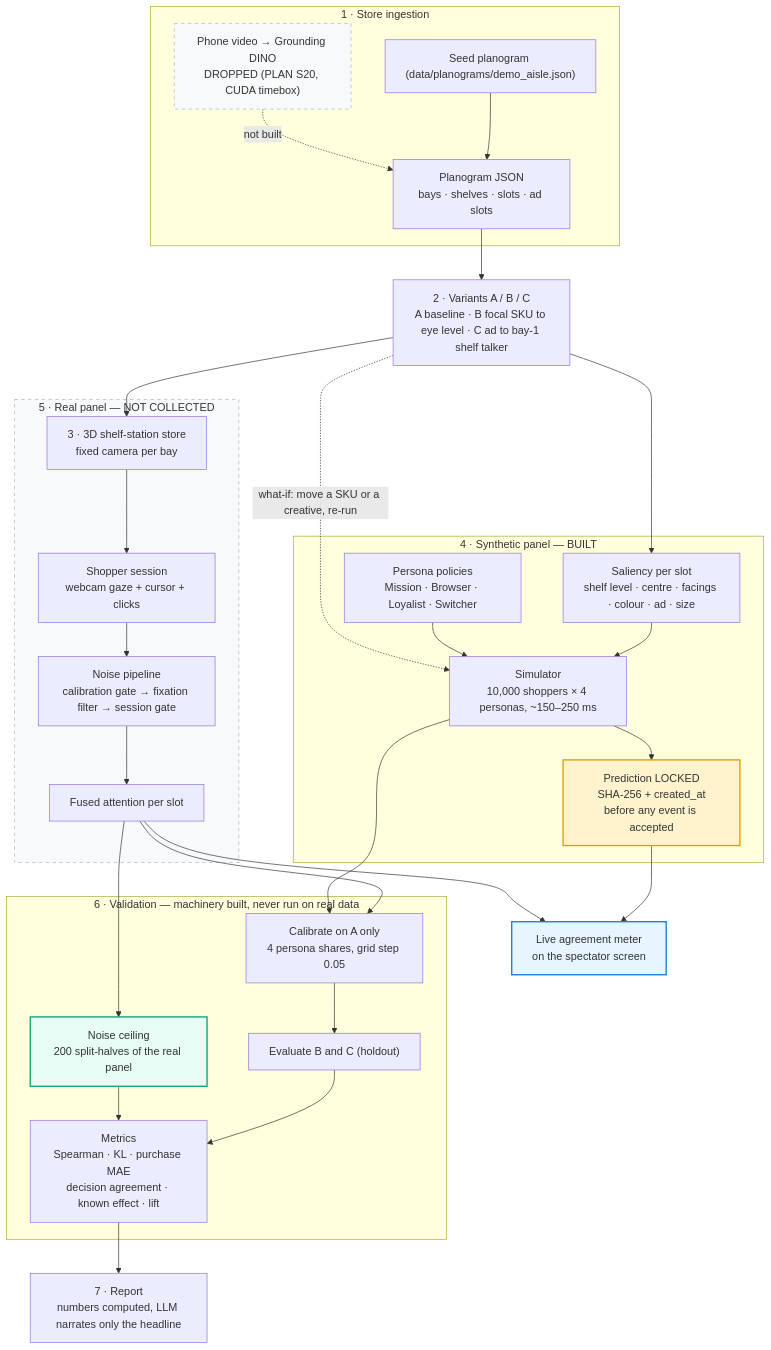
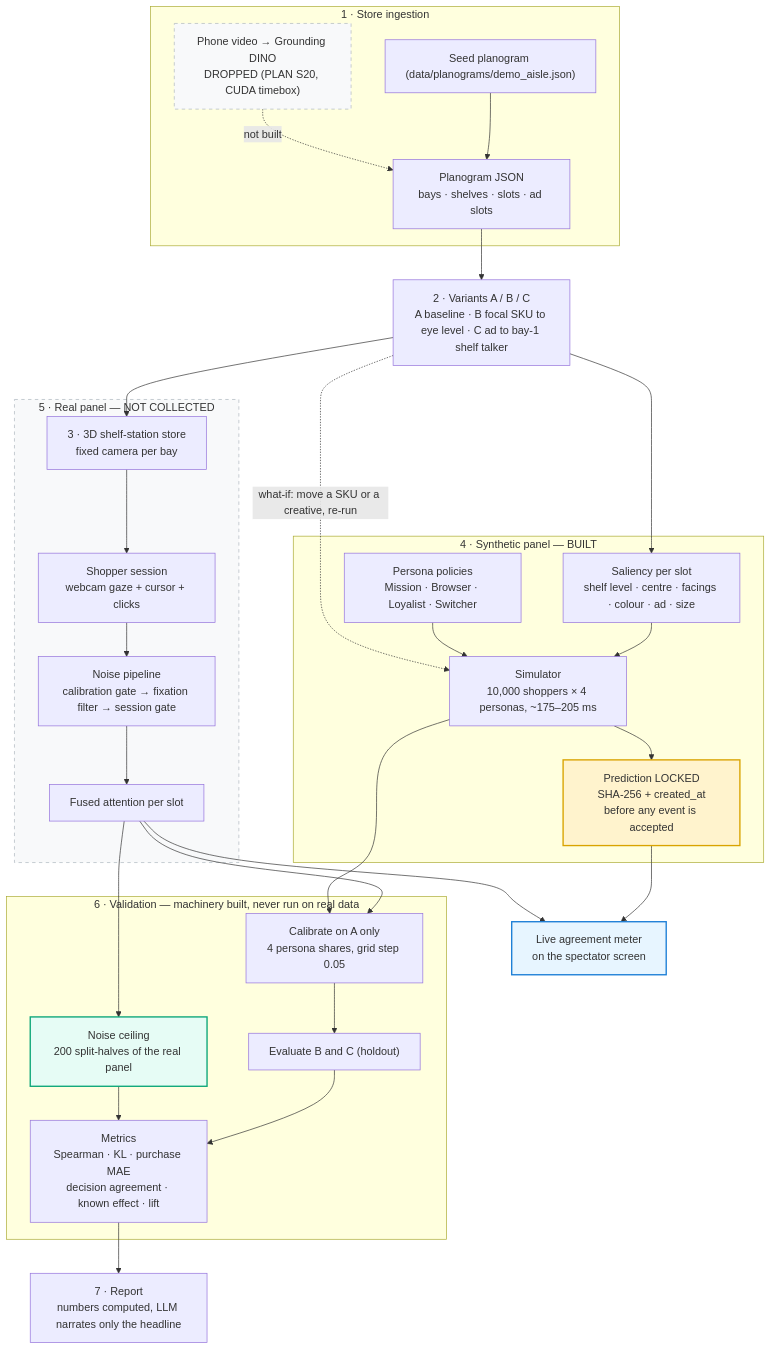
The diagram in README.md (vinothcoderofficial-ai/ai-persona-panel), drawn with Mermaid before and after one commit. The commit also changed other lines of this file and 4 other files, not shown here.

````diff
--- a/README.md
+++ b/README.md
@@ -49,48 +52,48 @@
 ```mermaid
 flowchart TD
     subgraph IN["1 · Store ingestion"]
         MAN["Seed planogram (data/planograms/demo_aisle.json)"]
         DET["Phone video → Grounding DINO<br/>DROPPED (PLAN S20, CUDA timebox)"]
         MAN --> PG["Planogram JSON<br/>bays · shelves · slots · ad slots"]
         DET -. not built .-> PG
     end
 
     PG --> VAR["2 · Variants A / B / C<br/>A baseline · B focal SKU to eye level · C ad to bay-1 shelf talker"]
 
     VAR --> STORE["3 · 3D shelf-station store<br/>fixed camera per bay"]
     VAR --> SAL["Saliency per slot<br/>shelf level · centre · facings · colour · ad · size"]
 
     subgraph SYN["4 · Synthetic panel — BUILT"]
         POL["Persona policies<br/>Mission · Browser · Loyalist · Switcher"]
-        SAL --> SIM["Simulator<br/>10,000 shoppers × 4 personas, ~150–250 ms"]
+        SAL --> SIM["Simulator<br/>10,000 shoppers × 4 personas, ~175–205 ms"]
         POL --> SIM
         SIM --> LOCK["Prediction LOCKED<br/>SHA-256 + created_at<br/>before any event is accepted"]
     end
 
     subgraph REAL["5 · Real panel — NOT COLLECTED"]
         STORE --> SESS["Shopper session<br/>webcam gaze + cursor + clicks"]
         SESS --> NOISE["Noise pipeline<br/>calibration gate → fixation filter → session gate"]
         NOISE --> FUSE["Fused attention per slot"]
     end
 
     LOCK --> LIVE["Live agreement meter<br/>on the spectator screen"]
     FUSE --> LIVE
 
     subgraph VAL["6 · Validation — machinery built, never run on real data"]
         FUSE --> CAL["Calibrate on A only<br/>4 persona shares, grid step 0.05"]
         SIM --> CAL
         CAL --> HOLD["Evaluate B and C (holdout)"]
         FUSE --> NC["Noise ceiling<br/>200 split-halves of the real panel"]
         HOLD --> MET["Metrics<br/>Spearman · KL · purchase MAE<br/>decision agreement · known effect · lift"]
         NC --> MET
     end
 
     MET --> REP["7 · Report<br/>numbers computed, LLM narrates only the headline"]
     VAR -. "what-if: move a SKU or a creative, re-run" .-> SIM
 
     style LOCK fill:#fff3cd,stroke:#d9a300,stroke-width:2px
     style LIVE fill:#e7f5ff,stroke:#1c7ed6,stroke-width:2px
     style NC fill:#e6fcf5,stroke:#0ca678,stroke-width:2px
     style REAL fill:#f8f9fa,stroke:#adb5bd,stroke-dasharray: 5 5
     style DET fill:#f8f9fa,stroke:#adb5bd,stroke-dasharray: 5 5
 ```
````
